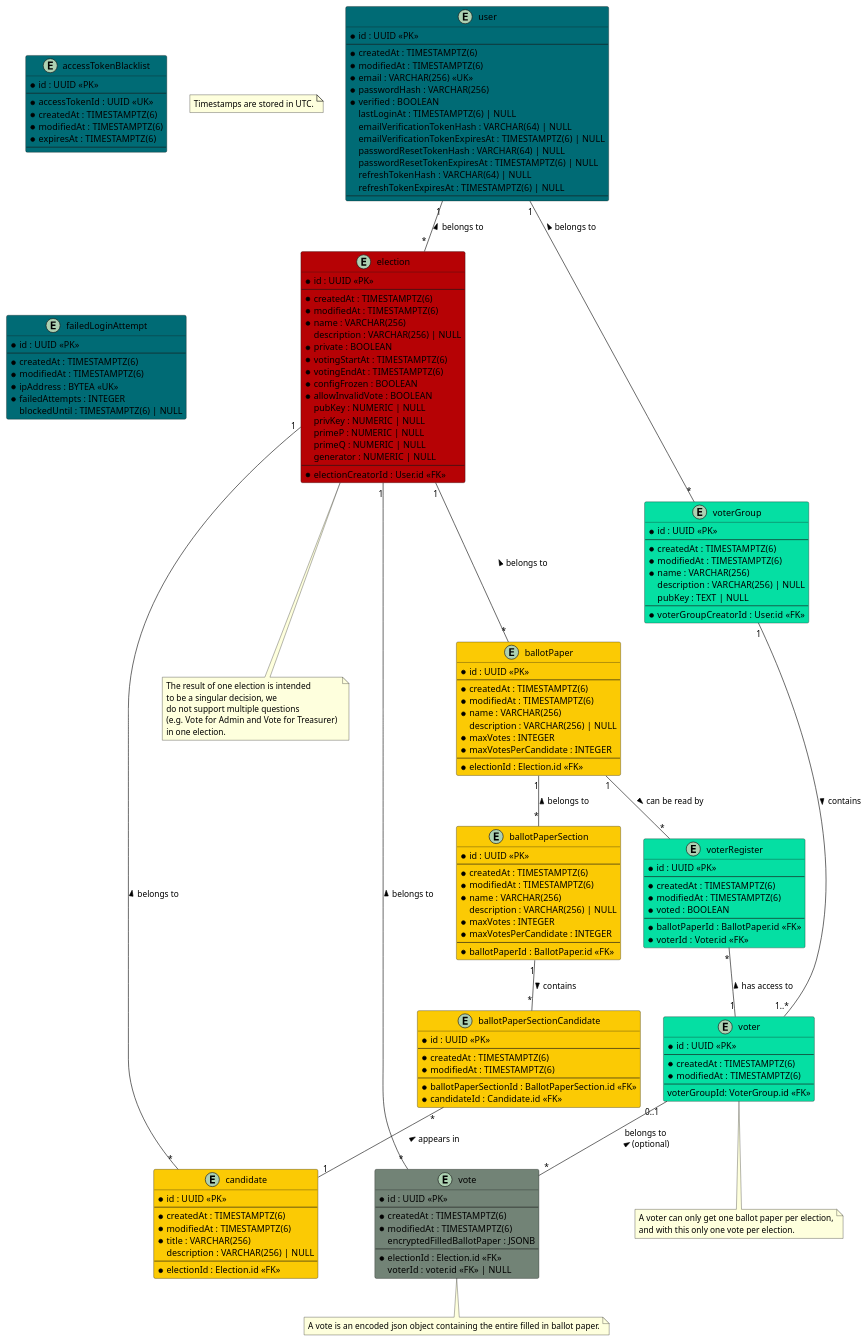
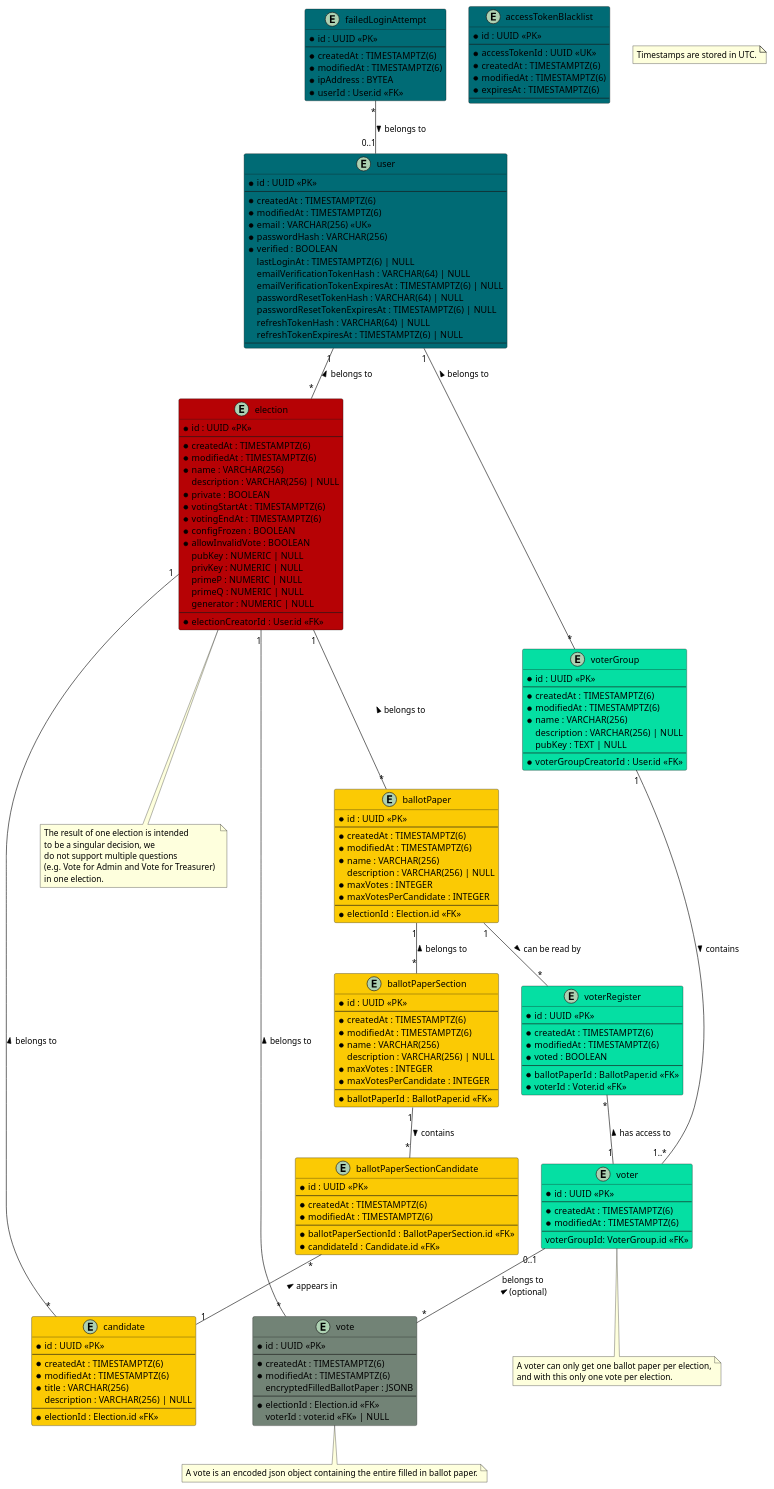
Before and after one commit to SE-UUlm/votura: the diagram in apps/docs/static/uml/dataModel.puml, drawn with PlantUML.

Commit message:
123: Adjust DB model to new schema

```diff
--- a/apps/docs/static/uml/dataModel.puml
+++ b/apps/docs/static/uml/dataModel.puml
@@ -1,196 +1,196 @@
 @startuml dataModel
 
 entity "user" as user #006b75 {
     * id : UUID <<PK>>
     --
     * createdAt : TIMESTAMPTZ(6)
     * modifiedAt : TIMESTAMPTZ(6)
     * email : VARCHAR(256) <<UK>>
     * passwordHash : VARCHAR(256)
     * verified : BOOLEAN
     lastLoginAt : TIMESTAMPTZ(6) | NULL
     emailVerificationTokenHash : VARCHAR(64) | NULL
     emailVerificationTokenExpiresAt : TIMESTAMPTZ(6) | NULL
     passwordResetTokenHash : VARCHAR(64) | NULL
     passwordResetTokenExpiresAt : TIMESTAMPTZ(6) | NULL
     refreshTokenHash : VARCHAR(64) | NULL
     refreshTokenExpiresAt : TIMESTAMPTZ(6) | NULL
     --
 }
 
 entity "accessTokenBlacklist" as jwtBlacklist #006b75 {
     ' this table is used to store blacklisted access tokens
     ' The jti is 36 characters long if we use UUIDv4
     * id : UUID <<PK>>
     --
     * accessTokenId : UUID <<UK>>
     * createdAt : TIMESTAMPTZ(6)
     * modifiedAt : TIMESTAMPTZ(6)
     * expiresAt : TIMESTAMPTZ(6)
     --
 }
 
 entity "election" as elections #b60205 {
     * id : UUID <<PK>>
     --
     * createdAt : TIMESTAMPTZ(6)
     * modifiedAt : TIMESTAMPTZ(6)
     * name : VARCHAR(256)
     description : VARCHAR(256) | NULL
     * private : BOOLEAN
     * votingStartAt : TIMESTAMPTZ(6)
     * votingEndAt : TIMESTAMPTZ(6)
     * configFrozen : BOOLEAN
     * allowInvalidVote : BOOLEAN
     ' Is there a use case for `votesCounted`?
     ' * votesCounted : BOOLEAN
     ' * votesCounted : BOOLEAN
     ' Computed values such as validVotes and invalidVotes are critical - do we really want to store them?
     ' validVotes : NUMERIC | NULL
     ' invalidVotes : NUMERIC | NULL
     pubKey : NUMERIC | NULL
     privKey : NUMERIC | NULL
     primeP : NUMERIC | NULL
     primeQ : NUMERIC | NULL
     generator : NUMERIC | NULL
     --
     * electionCreatorId : User.id <<FK>>
 }
 
 note as N2
 The result of one election is intended 
 to be a singular decision, we 
 do not support multiple questions 
 (e.g. Vote for Admin and Vote for Treasurer) 
 in one election.
 end note
 
 entity "ballotPaper" as ballotPapers #fbca04 {
     * id : UUID <<PK>>
     --
     * createdAt : TIMESTAMPTZ(6)
     * modifiedAt : TIMESTAMPTZ(6)
     * name : VARCHAR(256)
     description : VARCHAR(256) | NULL
     * maxVotes : INTEGER
     * maxVotesPerCandidate : INTEGER
     --
     * electionId : Election.id <<FK>>
 }
 
 entity "ballotPaperSection" as ballotPaperSections #fbca04 {
     * id : UUID <<PK>>
     --
     * createdAt : TIMESTAMPTZ(6)
     * modifiedAt : TIMESTAMPTZ(6)
     * name : VARCHAR(256)
     description : VARCHAR(256) | NULL
     * maxVotes : INTEGER
     * maxVotesPerCandidate : INTEGER
     --
     * ballotPaperId : BallotPaper.id <<FK>>
 }
 
 entity "ballotPaperSectionCandidate" as ballotPaperSectionCandidates #fbca04 {
     * id : UUID <<PK>>
     --
     * createdAt : TIMESTAMPTZ(6)
     * modifiedAt : TIMESTAMPTZ(6)
     --
     * ballotPaperSectionId : BallotPaperSection.id <<FK>>
     * candidateId : Candidate.id <<FK>>
 }
 
 entity "candidate" as candidates #fbca04 {
     * id : UUID <<PK>>
     --
     * createdAt : TIMESTAMPTZ(6)
     * modifiedAt : TIMESTAMPTZ(6)
     * title : VARCHAR(256)
     description : VARCHAR(256) | NULL
     --
     * electionId : Election.id <<FK>>
 }
 
 entity "vote" as votes #728376 {
     * id : UUID <<PK>>
     --
     * createdAt : TIMESTAMPTZ(6)
     * modifiedAt : TIMESTAMPTZ(6)
     encryptedFilledBallotPaper : JSONB
     --
     * electionId : Election.id <<FK>>
     ' if the vote isn't secret, voter can be saved
     voterId : voter.id <<FK>> | NULL
 }
 note as N4
 A vote is an encoded json object containing the entire filled in ballot paper.
 end note
 
 entity "voterRegister" as voterRegisters #05DFA3 {
     * id : UUID <<PK>>
     --
     * createdAt : TIMESTAMPTZ(6)
     * modifiedAt : TIMESTAMPTZ(6)
     * voted : BOOLEAN
     --
     * ballotPaperId : BallotPaper.id <<FK>>
     * voterId : Voter.id <<FK>>
 }
 
 entity "voter" as voters #05DFA3 {
     * id : UUID <<PK>>
     --
     * createdAt : TIMESTAMPTZ(6)
     * modifiedAt : TIMESTAMPTZ(6)
     --
     voterGroupId: VoterGroup.id <<FK>>
 }
 note as N3
 A voter can only get one ballot paper per election,
 and with this only one vote per election.
 end note
 
 entity "voterGroup" as voterGroups #05DFA3 {
     * id : UUID <<PK>>
     --
     * createdAt : TIMESTAMPTZ(6)
     * modifiedAt : TIMESTAMPTZ(6)
     * name : VARCHAR(256)
     description : VARCHAR(256) | NULL
     pubKey : TEXT | NULL
     --
     * voterGroupCreatorId : User.id <<FK>>
 }
 
 note as N1
 Timestamps are stored in UTC.
 end note
 
 entity "failedLoginAttempt" #006b75 {
     * id : UUID <<PK>>
     --
     * createdAt : TIMESTAMPTZ(6)
     * modifiedAt : TIMESTAMPTZ(6)
-    * ipAddress : BYTEA <<UK>>
-    * failedAttempts : INTEGER
-    blockedUntil : TIMESTAMPTZ(6) | NULL
+    * ipAddress : BYTEA
+    * userId : User.id <<FK>>
 }
 
 user "1"--"*" elections : belongs to <
 elections "1"--"*" ballotPapers : belongs to <
 elections -- N2
 elections "1"--"*" candidates : belongs to <
 ballotPapers "1"--"*" voterRegisters : can be read by >
 voterRegisters "*"--"1" voters : has access to <
 ballotPapers "1"--"*" ballotPaperSections : belongs to <
 ballotPaperSections "1"--"*" ballotPaperSectionCandidates : contains >
 ballotPaperSectionCandidates "*"--"1" candidates : appears in <
 votes "*"--"1" elections : belongs to >
 voters "0..1"--"*" votes : belongs to \n (optional) <
 user "1"--"*" voterGroups : belongs to <
 voterGroups "1"--"1..*" voters : contains >
 voters -- N3
 votes -- N4
+failedLoginAttempt "*"--"0..1" user : belongs to >
 
 @enduml
```
